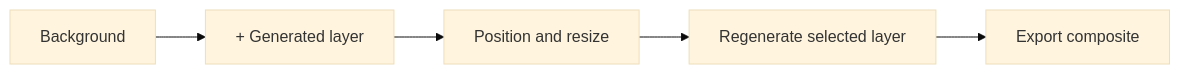
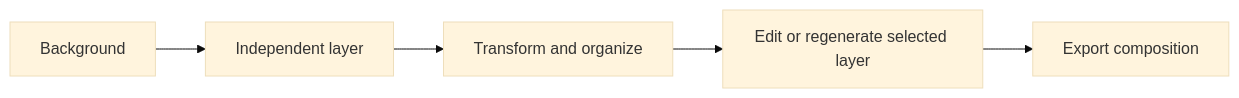
One commit to Kiingsora/imagen-construct changed the first of 2 diagrams in README.md. Above: the diagram before and after it, drawn with Mermaid (base theme). The commit also changed other lines of this file and 9 other files, not shown here.

````diff
--- a/README.md
+++ b/README.md
@@ -25,7 +61,7 @@
 ```mermaid
 flowchart LR
-    A[Background] --> B[+ Generated layer]
-    B --> C[Position and resize]
-    C --> D[Regenerate selected layer]
-    D --> E[Export composite]
+    A[Background] --> B[Independent layer]
+    B --> C[Transform and organize]
+    C --> D[Edit or regenerate selected layer]
+    D --> E[Export composition]
 ```
````
